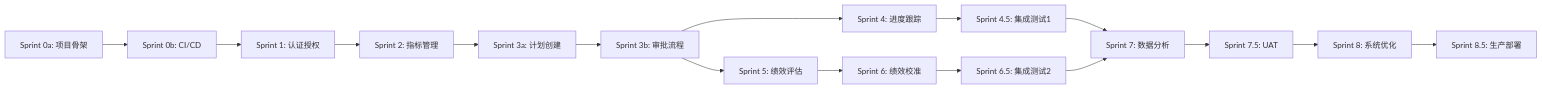
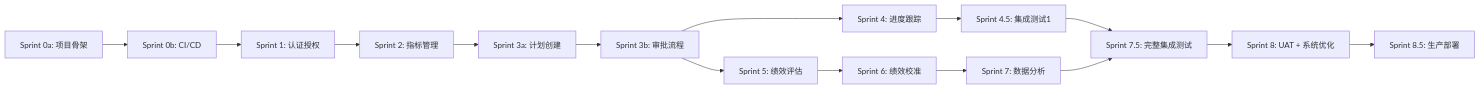
The diagram in doc/development-plan.md (multifort/jxkh), drawn with Mermaid before and after one commit. The commit also changed other lines of this file and 37 other files, not shown here.

````diff
--- a/doc/development-plan.md
+++ b/doc/development-plan.md
@@ -80,17 +81,16 @@
 ```mermaid
 graph LR
     S0a[Sprint 0a: 项目骨架] --> S0b[Sprint 0b: CI/CD]
     S0b --> S1[Sprint 1: 认证授权]
     S1 --> S2[Sprint 2: 指标管理]
     S2 --> S3a[Sprint 3a: 计划创建]
     S3a --> S3b[Sprint 3b: 审批流程]
     S3b --> S4[Sprint 4: 进度跟踪]
     S3b --> S5[Sprint 5: 绩效评估]
     S4 --> S4.5[Sprint 4.5: 集成测试1]
     S5 --> S6[Sprint 6: 绩效校准]
-    S6 --> S6.5[Sprint 6.5: 集成测试2]
-    S4.5 & S6.5 --> S7[Sprint 7: 数据分析]
-    S7 --> S7.5[Sprint 7.5: UAT]
-    S7.5 --> S8[Sprint 8: 系统优化]
+    S6 --> S7[Sprint 7: 数据分析]
+    S4.5 & S7 --> S7.5[Sprint 7.5: 完整集成测试]
+    S7.5 --> S8[Sprint 8: UAT + 系统优化]
     S8 --> S8.5[Sprint 8.5: 生产部署]
 ```
````
